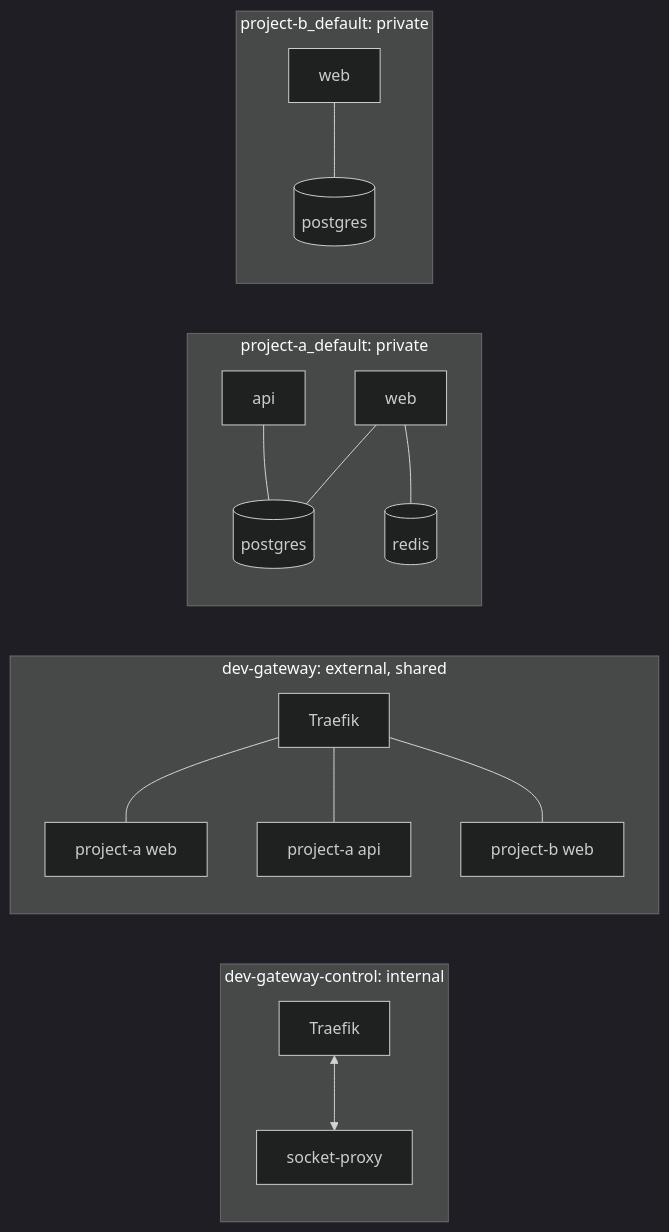
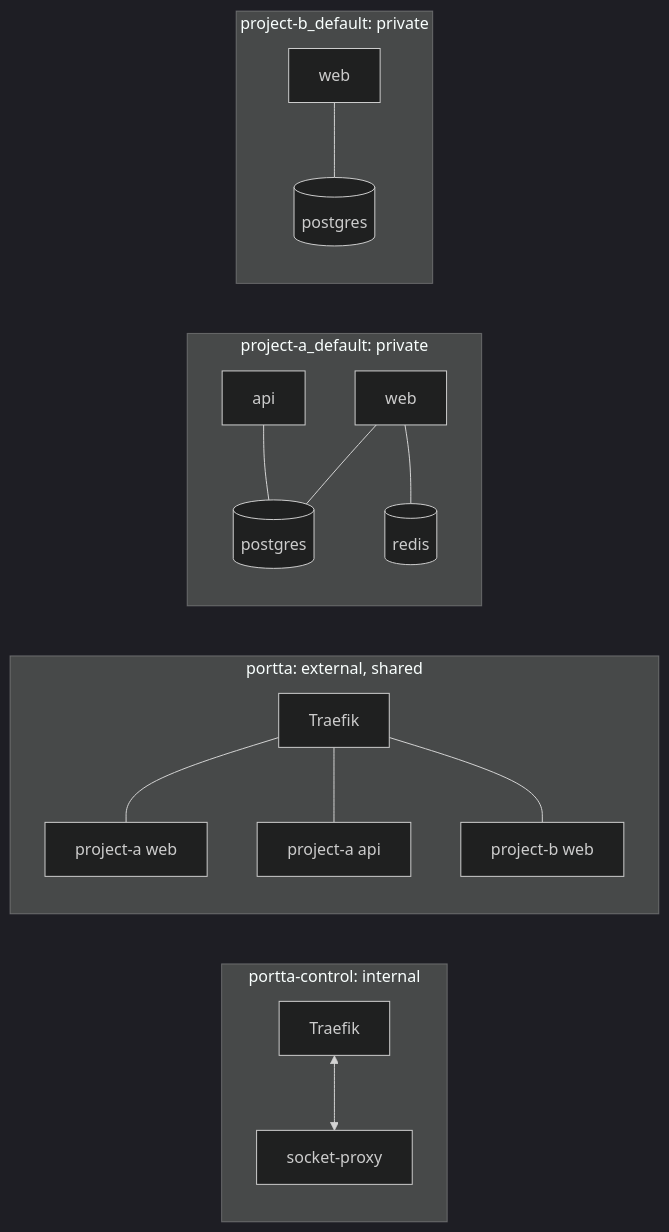
Before and after one commit to fabioassuncao/dev-gateway: the diagram in docs/architecture.md, drawn with Mermaid (dark theme). The commit also changed other lines of this file and 288 other files, not shown here.

````diff
--- a/docs/architecture.md
+++ b/docs/architecture.md
@@ -36,17 +36,17 @@
 ```mermaid
 flowchart LR
-    subgraph ctrl [dev-gateway-control: internal]
+    subgraph ctrl [portta-control: internal]
         T[Traefik] <--> P[socket-proxy]
     end
-    subgraph shared [dev-gateway: external, shared]
+    subgraph shared [portta: external, shared]
         T2[Traefik] --- W1[project-a web] & A1[project-a api] & W2[project-b web]
     end
     subgraph priv_a [project-a_default: private]
         W1b[web] --- DB1[(postgres)]
         A1b[api] --- DB1
         W1b --- R1[(redis)]
     end
     subgraph priv_b [project-b_default: private]
         W2b[web] --- DB2[(postgres)]
     end
 ```
````
